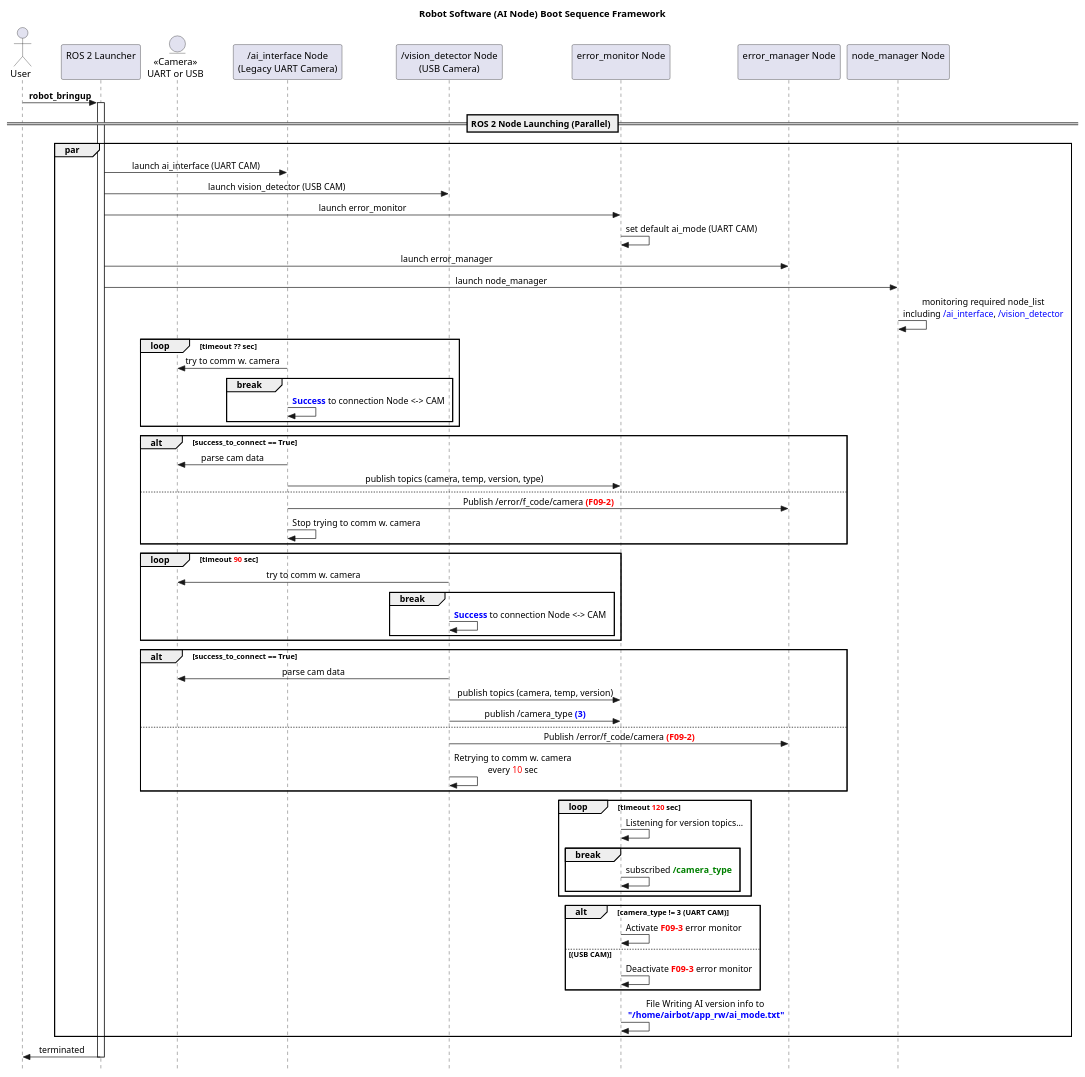
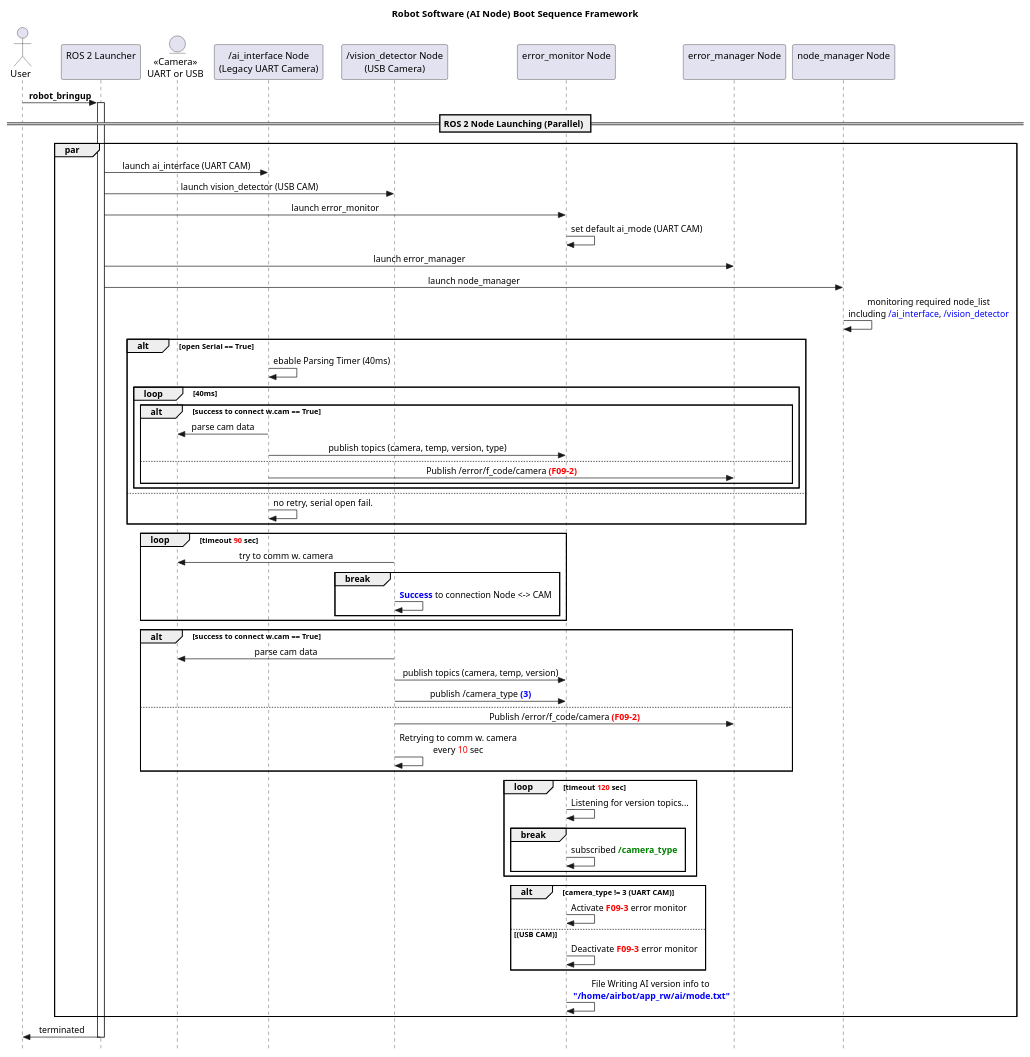
The diagram in docs/ap_ai_integration_booting_sequence_diagram_launch_sequence.puml (Hwan-Yeong/airbot_hyjoe_ws), drawn with PlantUML before and after one commit.

Commit message:
현재 ai_interface 구현 로직에 맞춰 수정

```diff
--- a/docs/ap_ai_integration_booting_sequence_diagram_launch_sequence.puml
+++ b/docs/ap_ai_integration_booting_sequence_diagram_launch_sequence.puml
@@ -1,126 +1,85 @@
 @startuml
 ' 스타일 설정: 가독성을 위해 테마를 살짝 입힙니다.
 skinparam Style strictuml
 skinparam SequenceMessageAlignment center
 skinparam DefaultFontName "Verdana"
 
 title Robot Software (AI Node) Boot Sequence Framework
 
 ' 참여 객체 정의 (Participants)
 actor "User" as User
 participant "ROS 2 Launcher\n" as Launch
 entity "<<Camera>>\nUART or USB" as Camera
 participant "/ai_interface Node\n(Legacy UART Camera)" as Node_uart_ai
 participant "/vision_detector Node\n(USB Camera)" as Node_vision_detector
 participant "error_monitor Node\n" as Node_error_monitor
 participant "error_manager Node\n" as Node_error_manager
 participant "node_manager Node\n" as Node_node_manager
 
 User -> Launch : **robot_bringup**
 activate Launch
   == ROS 2 Node Launching (Parallel) ==
   par
     ' initialize nodes
     Launch -> Node_uart_ai : launch ai_interface (UART CAM)
     Launch -> Node_vision_detector : launch vision_detector (USB CAM)
     Launch -> Node_error_monitor : launch error_monitor
     Node_error_monitor -> Node_error_monitor : set default ai_mode (UART CAM)
     Launch -> Node_error_manager : launch error_manager
 
-    ' note right Node_node_manager #AntiqueWhite
-    '   **[NOTE]**
-    '   * Initialize error_monitor with default mode (UART CAM)
-    ' end note
-
     Launch -> Node_node_manager : launch node_manager
     Node_node_manager -> Node_node_manager : monitoring required node_list\nincluding <color:blue>/ai_interface</color>, <color:blue>/vision_detector</color>
 
-    ' note right Node_node_manager #AntiqueWhite
-    '   **[NOTE]**
-    '   * Initialize node_manager with default mode
-    '     - Postpone AI node monitoring until the preferred mode is identified.
-    ' end note
-
-    ' note right Node_node_manager #AntiqueWhite
-    '   **[NOTE]**
-    '   * Trigger all nodes via initial Launcher
-    ' end note
-
-    ' Legacy UART CAM
-    loop timeout ?? sec
-      Node_uart_ai -> Camera : try to comm w. camera
-      break
-        Node_uart_ai -> Node_uart_ai : <color:blue>**Success**</color> to connection Node <-> CAM
+    alt open Serial == True
+      Node_uart_ai -> Node_uart_ai : ebable Parsing Timer (40ms)
+      loop 40ms
+        alt success to connect w.cam == True
+          Node_uart_ai -> Camera : parse cam data
+          Node_uart_ai -> Node_error_monitor : publish topics (camera, temp, version, type)
+        else
+          Node_uart_ai -> Node_error_manager : Publish /error/f_code/camera <color:red>**(F09-2)**</color> 
+        end
       end
+    else
+      Node_uart_ai -> Node_uart_ai : no retry, serial open fail.
     end
-
-    alt success_to_connect == True
-      Node_uart_ai -> Camera : parse cam data
-      Node_uart_ai -> Node_error_monitor : publish topics (camera, temp, version, type)
-    else
-      Node_uart_ai -> Node_error_manager : Publish /error/f_code/camera <color:red>**(F09-2)**</color> 
-      Node_uart_ai -> Node_uart_ai : Stop trying to comm w. camera
-    end
-
-    ' note right Node_node_manager #LightCyan
-    '   **[NOTE: UART (legacy)]**
-    '   * //ai_interface// follows legacy behavior.
-    '   * Topics (camera, temp, version) are published **only after** UART handshake.
-    '   * Connection timeout: <color:red>90s</color> (Attempts stop after timeout).
-    ' end note
 
     ' New USB CAM
     loop timeout <color:red>90</color> sec
       Node_vision_detector -> Camera : try to comm w. camera
       break
         Node_vision_detector -> Node_vision_detector : <color:blue>**Success**</color> to connection Node <-> CAM
       end
     end
 
-    alt success_to_connect == True
+    alt success to connect w.cam == True
       Node_vision_detector -> Camera : parse cam data
       Node_vision_detector -> Node_error_monitor : publish topics (camera, temp, version)
       Node_vision_detector -> Node_error_monitor : publish /camera_type <color:blue>**(3)**</color>
     else
       Node_vision_detector -> Node_error_manager : Publish /error/f_code/camera <color:red>**(F09-2)**</color>
       Node_vision_detector -> Node_vision_detector : Retrying to comm w. camera\nevery <color:red>10</color> sec
     end
 
-    ' note right Node_node_manager #LightCyan
-    '   **[NOTE: USB (new)]**
-    '   * if //vision_detector// logic differs from legacy, follow these specs:
-    '     - **Default Version:** <color:green>"0.0" (Used as a 'Not Connected' flag).</color>
-    '     - **Update Trigger:** Update AI Version immediately upon successful connection.
-    '       (//error_monitor// treats "0.0" as a connection failure)
-    '   * Connection timeout: <color:red>90s</color> (Attempts stop after timeout).
-    ' end note
-      
     ' Check Activating Nodes (Error Monitor / Node Manager)
     loop timeout <color:red>120</color> sec
       Node_error_monitor -> Node_error_monitor : Listening for version topics...
       break
         Node_error_monitor -> Node_error_monitor : subscribed <color:green>**/camera_type**</color>
       end
     end
 
     alt camera_type != 3 (UART CAM)
       Node_error_monitor -> Node_error_monitor : Activate <color:red>**F09-3**</color> error monitor
       ' Node_error_monitor -> Node_node_manager : publish **ai_mode** (UART)
     else (USB CAM)
       Node_error_monitor -> Node_error_monitor :Deactivate <color:red>**F09-3**</color> error monitor
       ' Node_error_monitor -> Node_node_manager : publish **ai_mode** (USB)
     end
 
-    Node_error_monitor -> Node_error_monitor : File Writing AI version info to\n <color:blue>**"/home/airbot/app_rw/ai_mode.txt"**
-    ' Node_node_manager -> Node_node_manager : update required node_list\naccording to **ai_mode**
-
-    ' note right Node_node_manager #LightCyan
-    '   **[NOTE: ERROR MONITOR / NODE MANAGER]**
-    '   * Dynamically selects AI mode based on incoming metadata.
-    '   * Updates error/node monitoring policies based on version info from nodes
-    ' end note
+    Node_error_monitor -> Node_error_monitor : File Writing AI version info to\n <color:blue>**"/home/airbot/app_rw/ai/mode.txt"**
   end
   Launch -> User : terminated
 deactivate Launch
 
 @enduml
```
